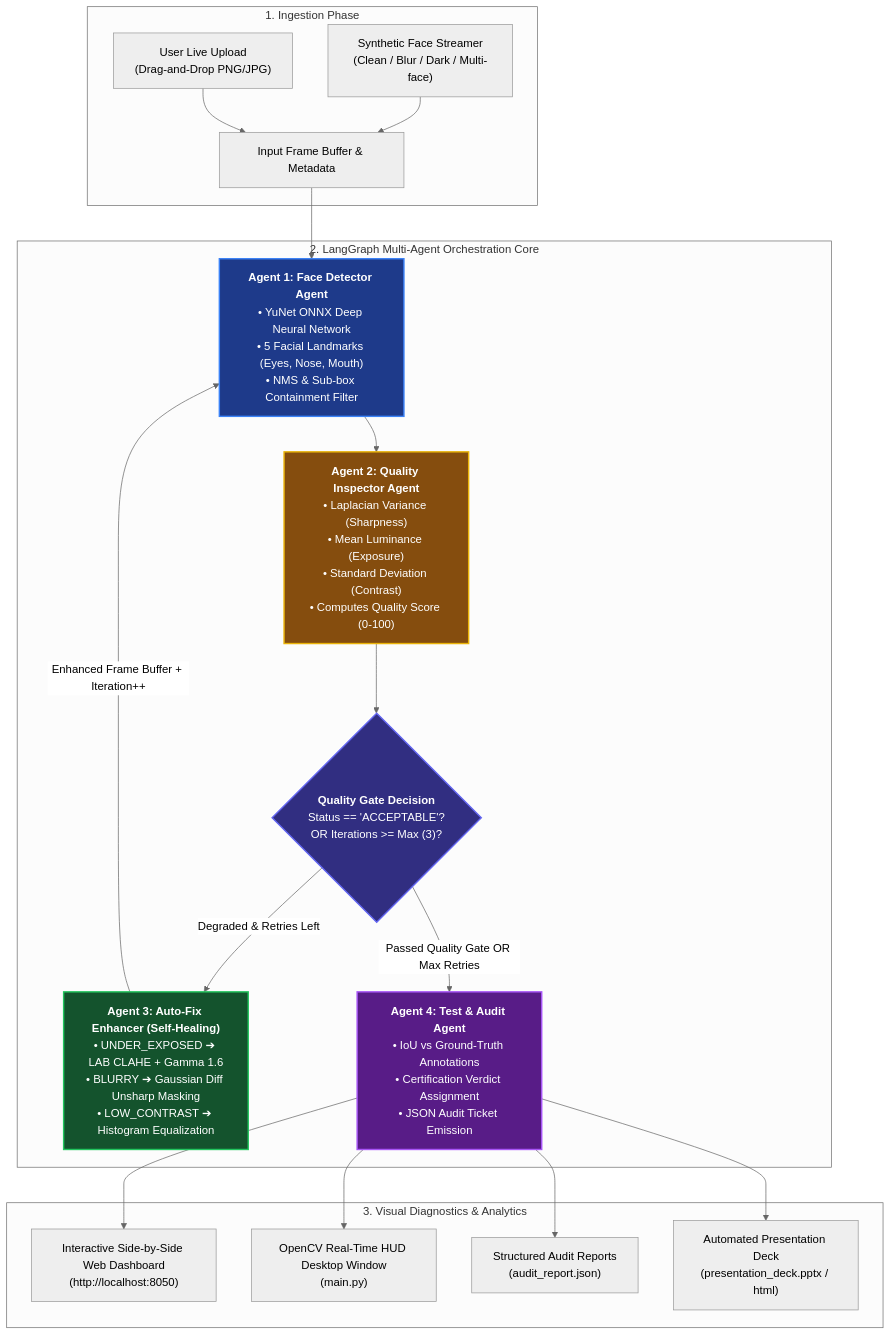
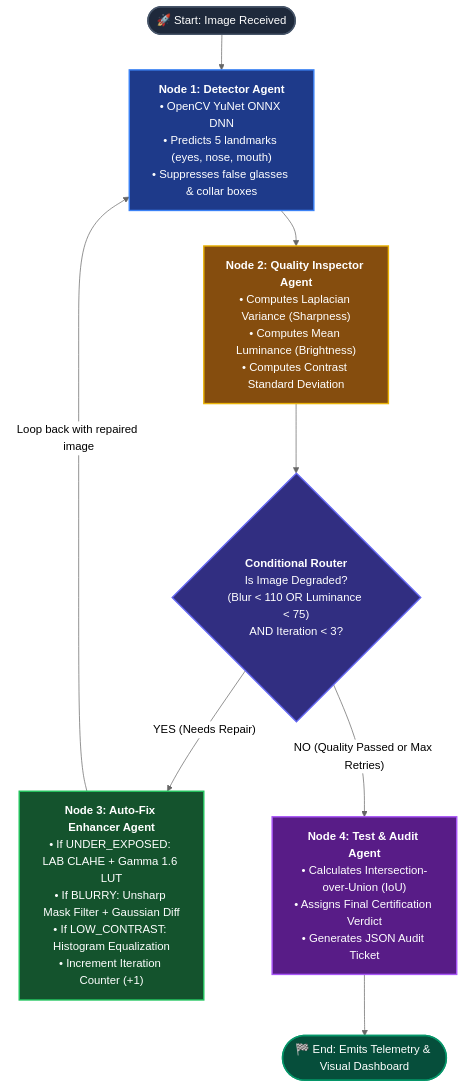
One commit to pankajatd/face-detection-hitl-sdlc changed the second of 3 diagrams in README.md. Above: the diagram before and after it, drawn with Mermaid (neutral theme). The commit also changed other lines of this file, not shown here.

Commit message:
Enhance README: Add beginner-friendly explanation, visual flowcharts, and detailed unit test breakdown

````diff
--- a/README.md
+++ b/README.md
@@ -63,34 +102,24 @@
 ```mermaid
 flowchart TD
-    subgraph INPUT_PHASE ["1. Ingestion Phase"]
-        A1["Synthetic Face Streamer<br/>(Clean / Blur / Dark / Multi-face)"] --> INGEST["Input Frame Buffer & Metadata"]
-        A2["User Live Upload<br/>(Drag-and-Drop PNG/JPG)"] --> INGEST
-    end
+    START(["🚀 Start: Image Received"]) --> DETECT["<b>Node 1: Detector Agent</b><br/>• OpenCV YuNet ONNX DNN<br/>• Predicts 5 landmarks (eyes, nose, mouth)<br/>• Suppresses false glasses & collar boxes"]
+    
+    DETECT --> INSPECT["<b>Node 2: Quality Inspector Agent</b><br/>• Computes Laplacian Variance (Sharpness)<br/>• Computes Mean Luminance (Brightness)<br/>• Computes Contrast Standard Deviation"]
+    
+    INSPECT --> ROUTE{"<b>Conditional Router</b><br/>Is Image Degraded?<br/>(Blur &lt; 110 OR Luminance &lt; 75)<br/>AND Iteration &lt; 3?"}
+    
+    ROUTE -- "YES (Needs Repair)" --> ENHANCE["<b>Node 3: Auto-Fix Enhancer Agent</b><br/>• If UNDER_EXPOSED: LAB CLAHE + Gamma 1.6 LUT<br/>• If BLURRY: Unsharp Mask Filter + Gaussian Diff<br/>• If LOW_CONTRAST: Histogram Equalization<br/>• Increment Iteration Counter (+1)"]
+    
+    ENHANCE -- "Loop back with repaired image" --> DETECT
+    
+    ROUTE -- "NO (Quality Passed or Max Retries)" --> AUDIT["<b>Node 4: Test & Audit Agent</b><br/>• Calculates Intersection-over-Union (IoU)<br/>• Assigns Final Certification Verdict<br/>• Generates JSON Audit Ticket"]
+    
+    AUDIT --> FINISH(["🏁 End: Emits Telemetry & Visual Dashboard"])
 
-    subgraph MULTI_AGENT_CORE ["2. LangGraph Multi-Agent Orchestration Core"]
-        INGEST --> N1["<b>Agent 1: Face Detector Agent</b><br/>• YuNet ONNX Deep Neural Network<br/>• 5 Facial Landmarks (Eyes, Nose, Mouth)<br/>• NMS & Sub-box Containment Filter"]
-        
-        N1 --> N2["<b>Agent 2: Quality Inspector Agent</b><br/>• Laplacian Variance (Sharpness)<br/>• Mean Luminance (Exposure)<br/>• Standard Deviation (Contrast)<br/>• Computes Quality Score (0-100)"]
-        
-        N2 --> COND{"<b>Quality Gate Decision</b><br/>Status == 'ACCEPTABLE'?<br/>OR Iterations &gt;= Max (3)?"}
-        
-        COND -- "Degraded & Retries Left" --> N3["<b>Agent 3: Auto-Fix Enhancer (Self-Healing)</b><br/>• UNDER_EXPOSED ➔ LAB CLAHE + Gamma 1.6<br/>• BLURRY ➔ Gaussian Diff Unsharp Masking<br/>• LOW_CONTRAST ➔ Histogram Equalization"]
-        
-        N3 -- "Enhanced Frame Buffer + Iteration++" --> N1
-        
-        COND -- "Passed Quality Gate OR Max Retries" --> N4["<b>Agent 4: Test & Audit Agent</b><br/>• IoU vs Ground-Truth Annotations<br/>• Certification Verdict Assignment<br/>• JSON Audit Ticket Emission"]
-    end
-
-    subgraph OUTPUT_PHASE ["3. Visual Diagnostics & Analytics"]
-        N4 --> OUT_WEB["Interactive Side-by-Side Web Dashboard<br/>(http://localhost:8050)"]
-        N4 --> OUT_HUD["OpenCV Real-Time HUD Desktop Window<br/>(main.py)"]
-        N4 --> OUT_JSON["Structured Audit Reports<br/>(audit_report.json)"]
-        N4 --> OUT_PPTX["Automated Presentation Deck<br/>(presentation_deck.pptx / html)"]
-    end
-
-    style N1 fill:#1e3a8a,stroke:#3b82f6,stroke-width:2px,color:#fff
-    style N2 fill:#854d0e,stroke:#eab308,stroke-width:2px,color:#fff
-    style N3 fill:#14532d,stroke:#22c55e,stroke-width:2px,color:#fff
-    style N4 fill:#581c87,stroke:#a855f7,stroke-width:2px,color:#fff
-    style COND fill:#312e81,stroke:#6366f1,stroke-width:2px,color:#fff
+    style DETECT fill:#1e3a8a,stroke:#3b82f6,stroke-width:2px,color:#fff
+    style INSPECT fill:#854d0e,stroke:#eab308,stroke-width:2px,color:#fff
+    style ROUTE fill:#312e81,stroke:#6366f1,stroke-width:2px,color:#fff
+    style ENHANCE fill:#14532d,stroke:#22c55e,stroke-width:2px,color:#fff
+    style AUDIT fill:#581c87,stroke:#a855f7,stroke-width:2px,color:#fff
+    style START fill:#1e293b,stroke:#475569,stroke-width:2px,color:#fff
+    style FINISH fill:#064e3b,stroke:#059669,stroke-width:2px,color:#fff
 ```
````
